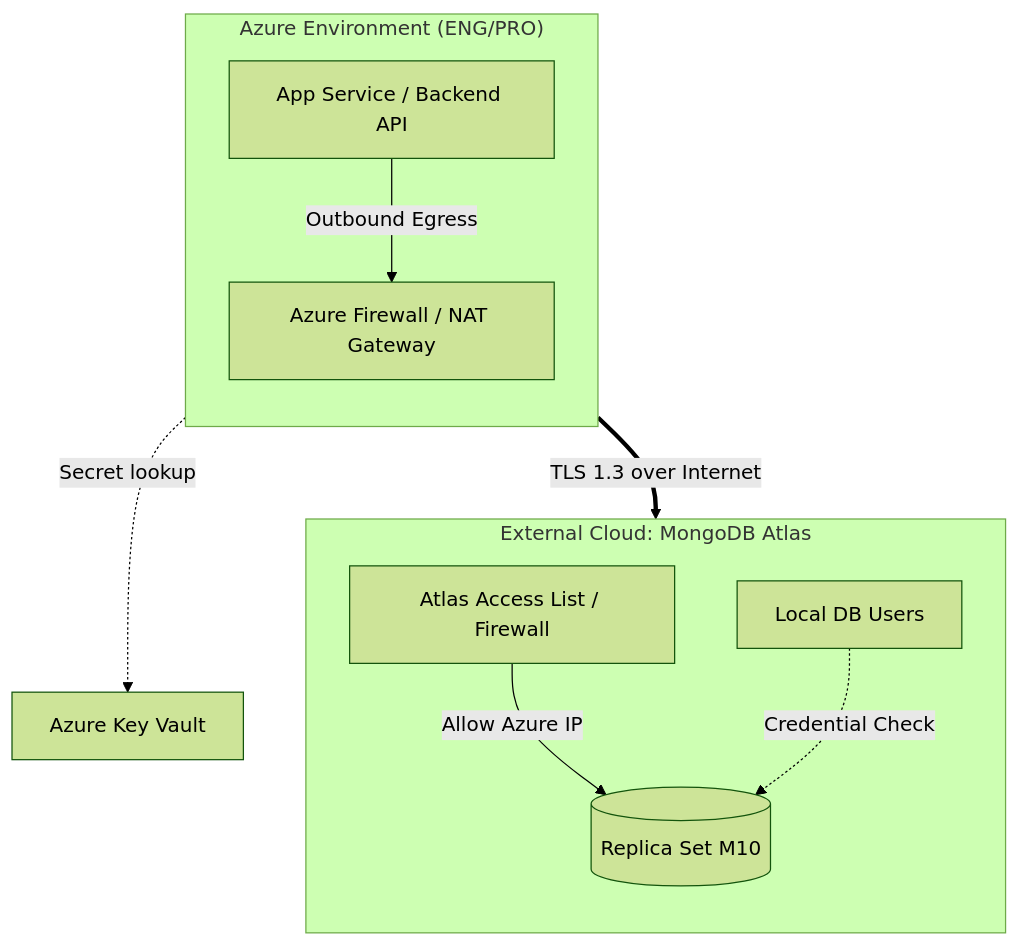
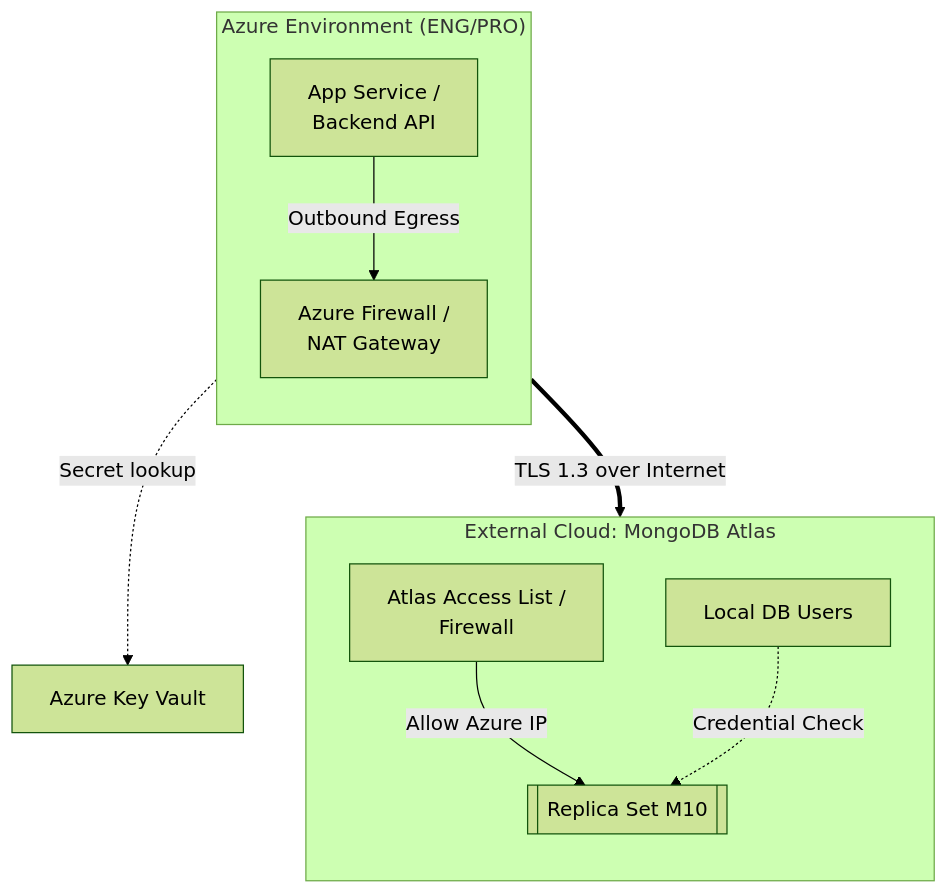
One commit to nubenetes/terraform-azure-devops-agentic changed the second of 4 diagrams in docs/341-DATABASE_ARCHITECTURE_AND_PERSISTENCE_STRATEGY.md. Above: the diagram before and after it, drawn with Mermaid (forest theme). The commit also changed other lines of this file and 23 other files, not shown here.

Commit message:
docs: establish automated Mermaid validator and eliminate text clipping repo-wide

````diff
--- a/docs/341-DATABASE_ARCHITECTURE_AND_PERSISTENCE_STRATEGY.md
+++ b/docs/341-DATABASE_ARCHITECTURE_AND_PERSISTENCE_STRATEGY.md
@@ -93,19 +93,19 @@
 ```mermaid
 graph TD
     subgraph Azure_Subscription ["Azure Environment (ENG/PRO)"]
         direction TB
-        App["App Service / Backend API"]
-        FW["Azure Firewall / NAT Gateway"]
+        App["App Service /<br/>Backend API"]
+        FW["Azure Firewall /<br/>NAT Gateway"]
         App -->|Outbound Egress| FW
     end
     subgraph Atlas_Cloud ["External Cloud: MongoDB Atlas"]
         direction TB
-        GW["Atlas Access List / Firewall"]
-        DB[("Replica Set M10")]
+        GW["Atlas Access List /<br/>Firewall"]
+        DB[["Replica Set M10"]]
         IAM["Local DB Users"]
         GW -->|Allow Azure IP| DB
         IAM -.->|Credential Check| DB
     end
     FW ==> |TLS 1.3 over Internet|GW
     App -.->|Secret lookup| KV["Azure Key Vault"]
 ```
````
